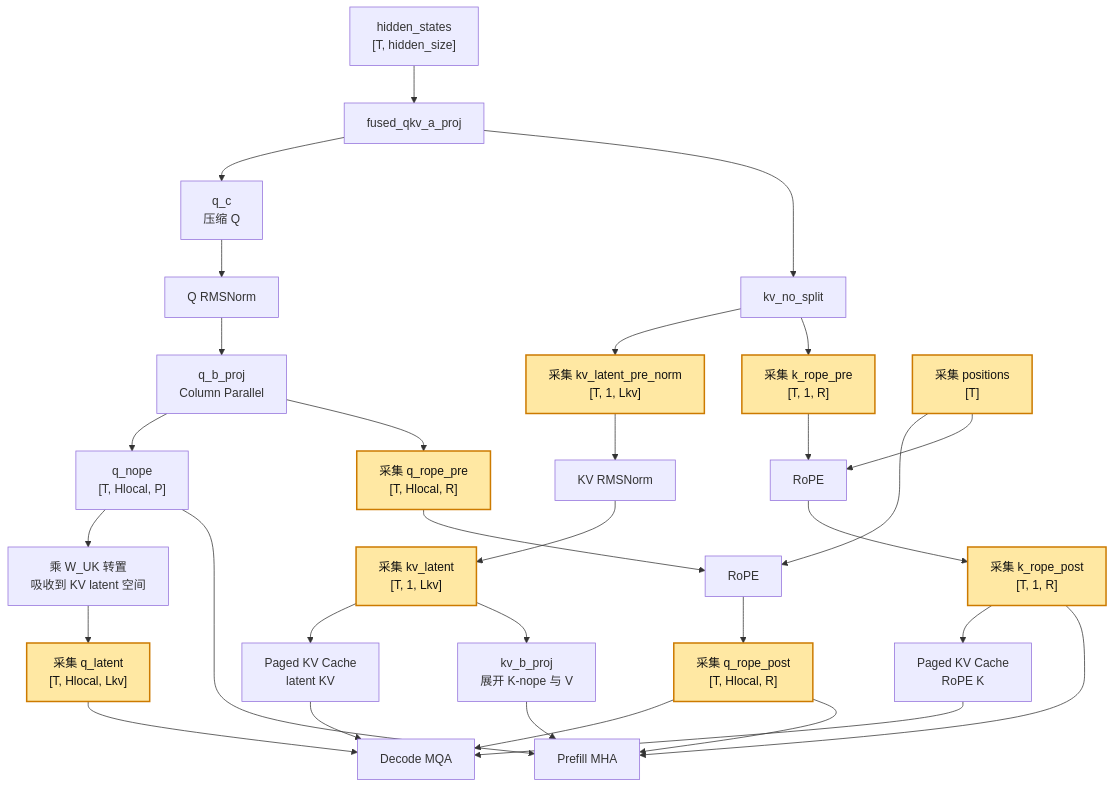
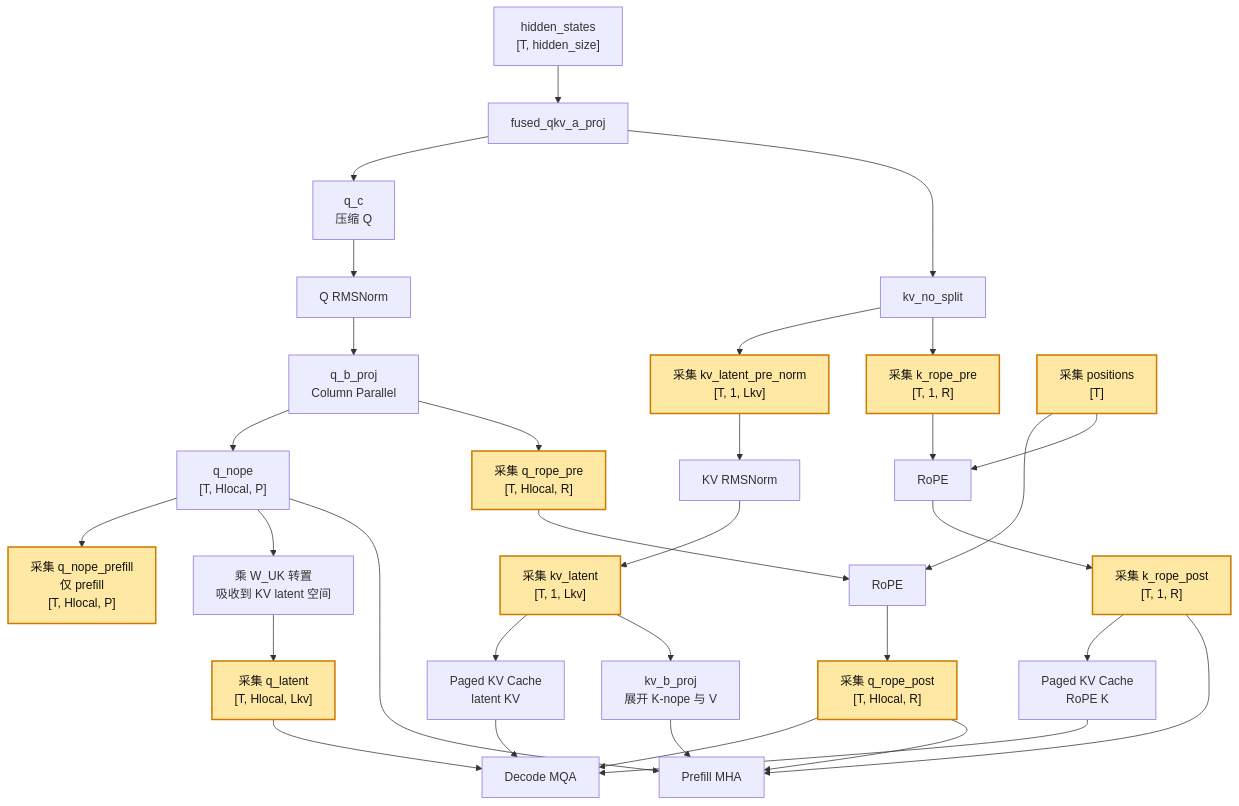
The first of 2 diagrams in docs/mlaquant/data-flow-and-tp.md (JustQJ/vllm-ascend), drawn with Mermaid before and after one commit. The commit also changed other lines of this file and 9 other files, not shown here.

````diff
--- a/docs/mlaquant/data-flow-and-tp.md
+++ b/docs/mlaquant/data-flow-and-tp.md
@@ -7,48 +7,49 @@
 ```mermaid
 flowchart TD
     H["hidden_states<br/>[T, hidden_size]"]
 
     H --> A["fused_qkv_a_proj"]
     A --> QC["q_c<br/>压缩 Q"]
     A --> KVNS["kv_no_split"]
 
     QC --> QNORM["Q RMSNorm"]
     QNORM --> QB["q_b_proj<br/>Column Parallel"]
     QB --> QNOPE["q_nope<br/>[T, Hlocal, P]"]
     QB --> QRPRE["采集 q_rope_pre<br/>[T, Hlocal, R]"]
 
+    QNOPE --> QNPREFILL["采集 q_nope_prefill<br/>仅 prefill<br/>[T, Hlocal, P]"]
     QNOPE --> ABSORB["乘 W_UK 转置<br/>吸收到 KV latent 空间"]
     ABSORB --> QLAT["采集 q_latent<br/>[T, Hlocal, Lkv]"]
 
     QRPRE --> QROPE["RoPE"]
     QROPE --> QRPOST["采集 q_rope_post<br/>[T, Hlocal, R]"]
 
     KVNS --> KVPRE["采集 kv_latent_pre_norm<br/>[T, 1, Lkv]"]
     KVNS --> KRPRE["采集 k_rope_pre<br/>[T, 1, R]"]
 
     KVPRE --> KVNORM["KV RMSNorm"]
     KVNORM --> KVLAT["采集 kv_latent<br/>[T, 1, Lkv]"]
 
     KRPRE --> KROPE["RoPE"]
     KROPE --> KRPOST["采集 k_rope_post<br/>[T, 1, R]"]
 
     POS["采集 positions<br/>[T]"] --> QROPE
     POS --> KROPE
 
     KVLAT --> CACHE1["Paged KV Cache<br/>latent KV"]
     KRPOST --> CACHE2["Paged KV Cache<br/>RoPE K"]
 
     QLAT --> DECODE["Decode MQA"]
     QRPOST --> DECODE
     CACHE1 --> DECODE
     CACHE2 --> DECODE
 
     KVLAT --> KVB["kv_b_proj<br/>展开 K-nope 与 V"]
     KVB --> PREFILL["Prefill MHA"]
     QNOPE --> PREFILL
     QRPOST --> PREFILL
     KRPOST --> PREFILL
 
     classDef collected fill:#ffe8a3,stroke:#cc7a00,stroke-width:2px,color:#111;
-    class QLAT,QRPRE,QRPOST,KVPRE,KVLAT,KRPRE,KRPOST,POS collected;
+    class QNPREFILL,QLAT,QRPRE,QRPOST,KVPRE,KVLAT,KRPRE,KRPOST,POS collected;
 ```
````
